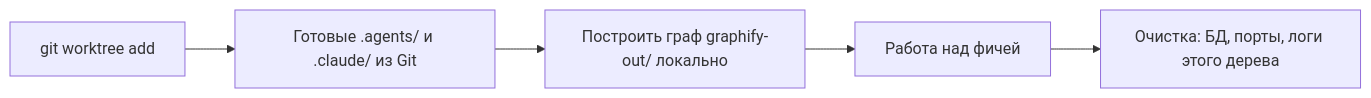
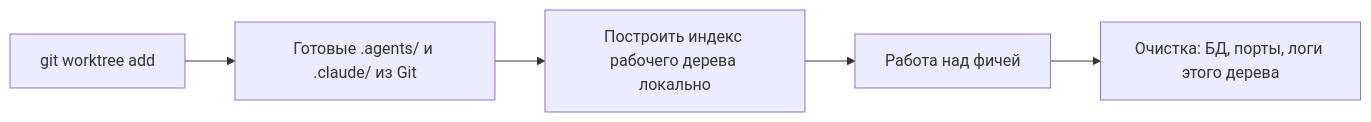
One commit to vadagama/go-product-platform changed the second of 2 diagrams in platform/handbook/15-ade-platform.md. Above: the diagram before and after it, drawn with Mermaid. The commit also changed other lines of this file and 58 other files, not shown here.

Commit message:
feat: заменить Graphify на codebase-memory-mcp

````diff
--- a/platform/handbook/15-ade-platform.md
+++ b/platform/handbook/15-ade-platform.md
@@ -97,7 +97,7 @@
 ```mermaid
 flowchart LR
     A["git worktree add"] --> B["Готовые .agents/ и .claude/ из Git"]
-    B --> C["Построить граф graphify-out/ локально"]
+    B --> C["Построить индекс рабочего дерева локально"]
     C --> D["Работа над фичей"]
     D --> E["Очистка: БД, порты, логи этого дерева"]
 ```
````
